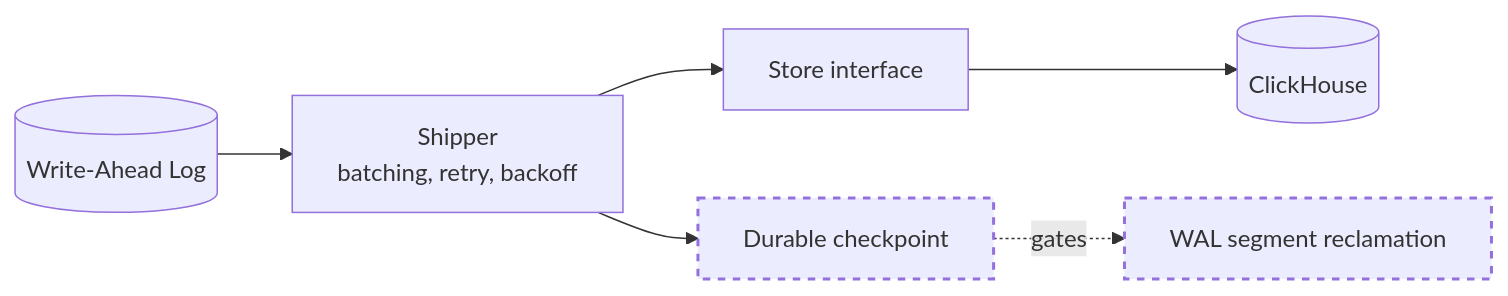
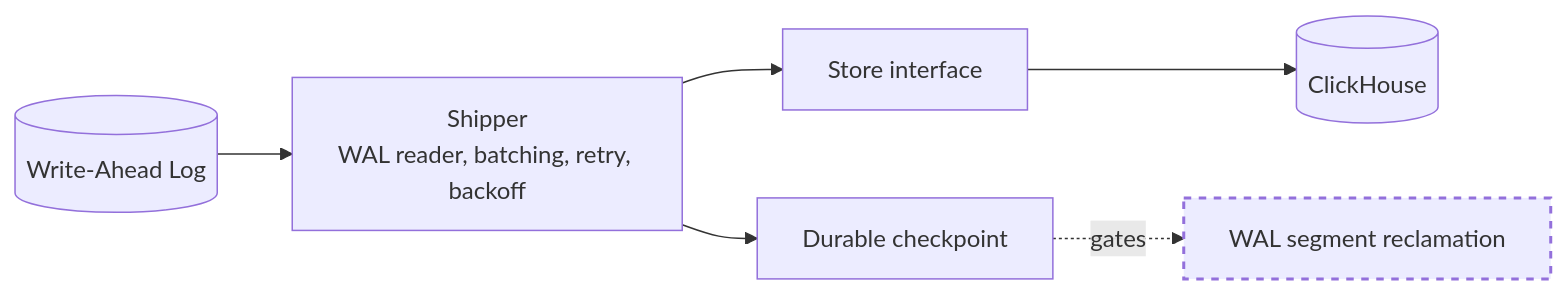
Before and after one commit to PratyushVishal11011/Fairgate: the second of 14 diagrams in README.md, drawn with Mermaid. The commit also changed other lines of this file and 8 other files, not shown here.

Commit message:
Update shipper & implement WAL-driven shipping + Checkpoints, retry, backoff

````diff
--- a/README.md
+++ b/README.md
@@ -171,18 +190,18 @@
 ```mermaid
 flowchart LR
     W[("Write-Ahead Log")]
-    SH["Shipper<br/>batching, retry, backoff"]
+    SH["Shipper<br/>WAL reader, batching, retry, backoff"]
     ST["Store interface"]
     CH[("ClickHouse")]
     CK["Durable checkpoint"]
     R["WAL segment reclamation"]
 
     W --> SH
     SH --> ST
     ST --> CH
     SH --> CK
     CK -.->|"gates"| R
 
     classDef planned stroke-dasharray: 5 5,stroke-width:2px;
-    class CK,R planned;
+    class R planned;
 ```
````
